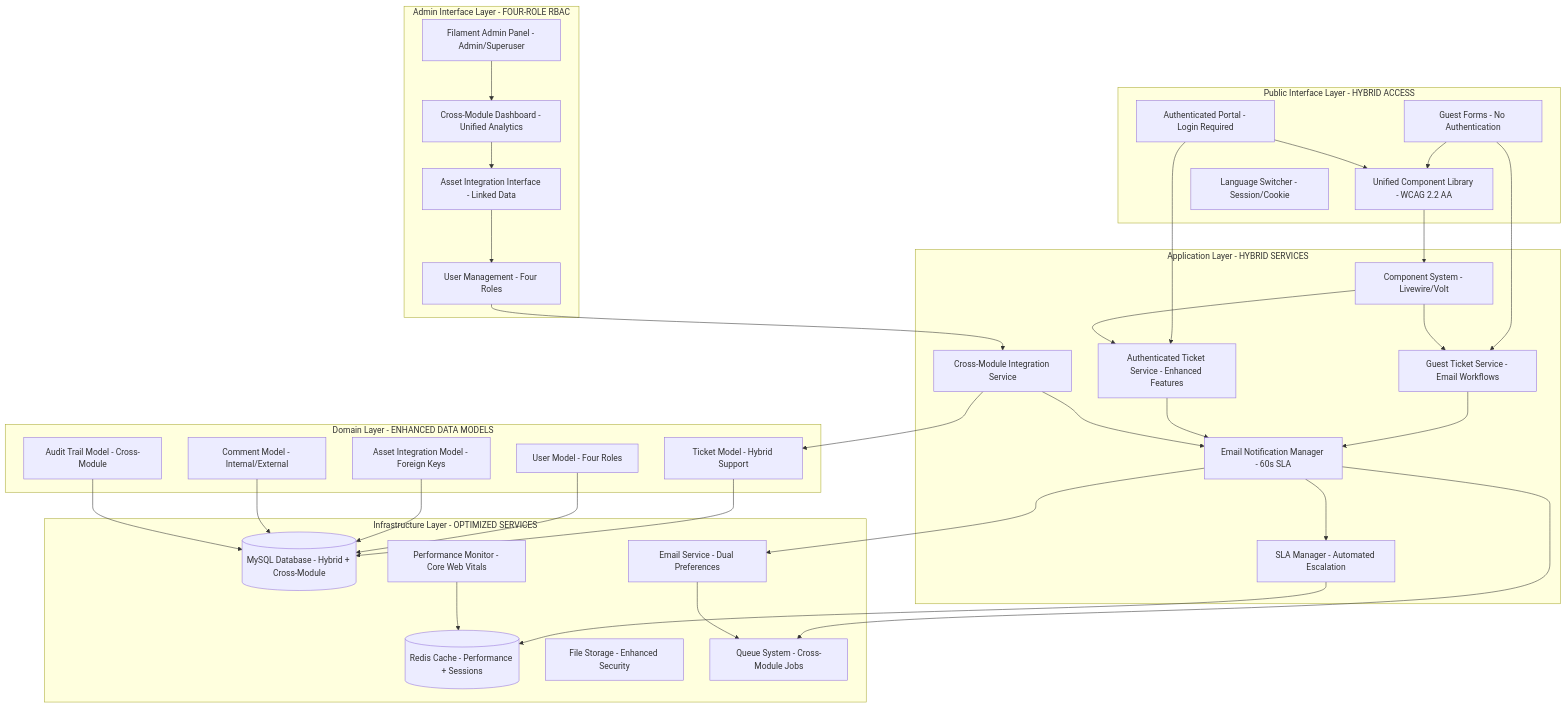
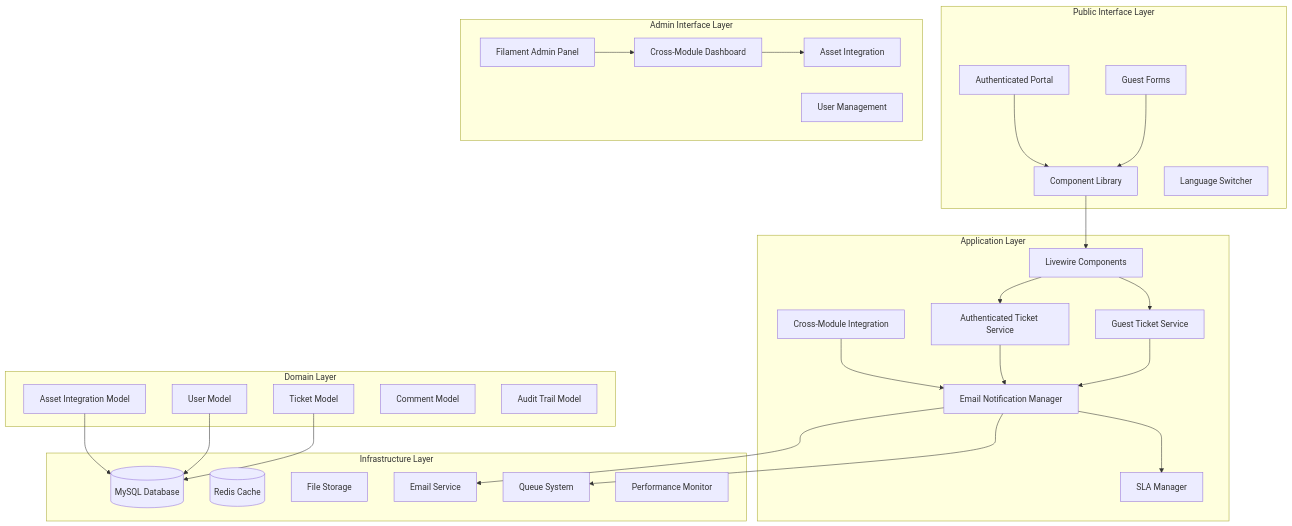
The first of 2 diagrams in .kiro/specs/updated-helpdesk-module/design.md (IzzatFirdaus/ictserve-031125), drawn with Mermaid before and after one commit. The commit also changed other lines of this file and 14 other files, not shown here.

````diff
--- a/.kiro/specs/updated-helpdesk-module/design.md
+++ b/.kiro/specs/updated-helpdesk-module/design.md
@@ -55,78 +129,59 @@
 ```mermaid
 graph TB
-    subgraph "Public Interface Layer - HYBRID ACCESS"
-        A[Guest Forms - No Authentication]
-        B[Authenticated Portal - Login Required]
-        C[Unified Component Library - WCAG 2.2 AA]
-        D[Language Switcher - Session/Cookie]
+    subgraph "Public Interface Layer"
+        A[Guest Forms]
+        B[Authenticated Portal]
+        C[Component Library]
+        D[Language Switcher]
     end
 
-    subgraph "Admin Interface Layer - FOUR-ROLE RBAC"
-        E[Filament Admin Panel - Admin/Superuser]
-        F[Cross-Module Dashboard - Unified Analytics]
-        G[Asset Integration Interface - Linked Data]
-        H[User Management - Four Roles]
+    subgraph "Admin Interface Layer"
+        E[Filament Admin Panel]
+        F[Cross-Module Dashboard]
+        G[Asset Integration]
+        H[User Management]
     end
 
-    subgraph "Application Layer - HYBRID SERVICES"
-        I[Guest Ticket Service - Email Workflows]
-        J[Authenticated Ticket Service - Enhanced Features]
-        K[Cross-Module Integration Service]
-        L[Email Notification Manager - 60s SLA]
-        M[SLA Manager - Automated Escalation]
-        N[Component System - Livewire/Volt]
+    subgraph "Application Layer"
+        I[Guest Ticket Service]
+        J[Authenticated Ticket Service]
+        K[Cross-Module Integration]
+        L[Email Notification Manager]
+        M[SLA Manager]
+        N[Livewire Components]
     end
 
-    subgraph "Domain Layer - ENHANCED DATA MODELS"
-        O[Ticket Model - Hybrid Support]
-        P[User Model - Four Roles]
-        Q[Asset Integration Model - Foreign Keys]
-        R[Comment Model - Internal/External]
-        S[Audit Trail Model - Cross-Module]
+    subgraph "Domain Layer"
+        O[Ticket Model]
+        P[User Model]
+        Q[Asset Integration Model]
+        R[Comment Model]
+        S[Audit Trail Model]
     end
 
-    subgraph "Infrastructure Layer - OPTIMIZED SERVICES"
-        T[(MySQL Database - Hybrid + Cross-Module)]
-        U[(Redis Cache - Performance + Sessions)]
-        V[File Storage - Enhanced Security]
-        W[Email Service - Dual Preferences]
-        X[Queue System - Cross-Module Jobs]
-        Y[Performance Monitor - Core Web Vitals]
+    subgraph "Infrastructure Layer"
+        T[(MySQL Database)]
+        U[(Redis Cache)]
+        V[File Storage]
+        W[Email Service]
+        X[Queue System]
+        Y[Performance Monitor]
     end
 
-    %% Hybrid Access Flow
     A --> C
     B --> C
     C --> N
-    A --> I
-    B --> J
     N --> I
     N --> J
-
-    %% Admin Management Flow
     E --> F
     F --> G
-    G --> H
-    H --> K
-
-    %% Business Logic Flow
     I --> L
     J --> L
     K --> L
     L --> M
-    K --> O
-
-    %% Data Persistence
     O --> T
     P --> T
     Q --> T
-    R --> T
-    S --> T
-
-    %% Infrastructure Services
     L --> W
     L --> X
-    M --> U
-    W --> X
-    Y --> U
 ```
````
